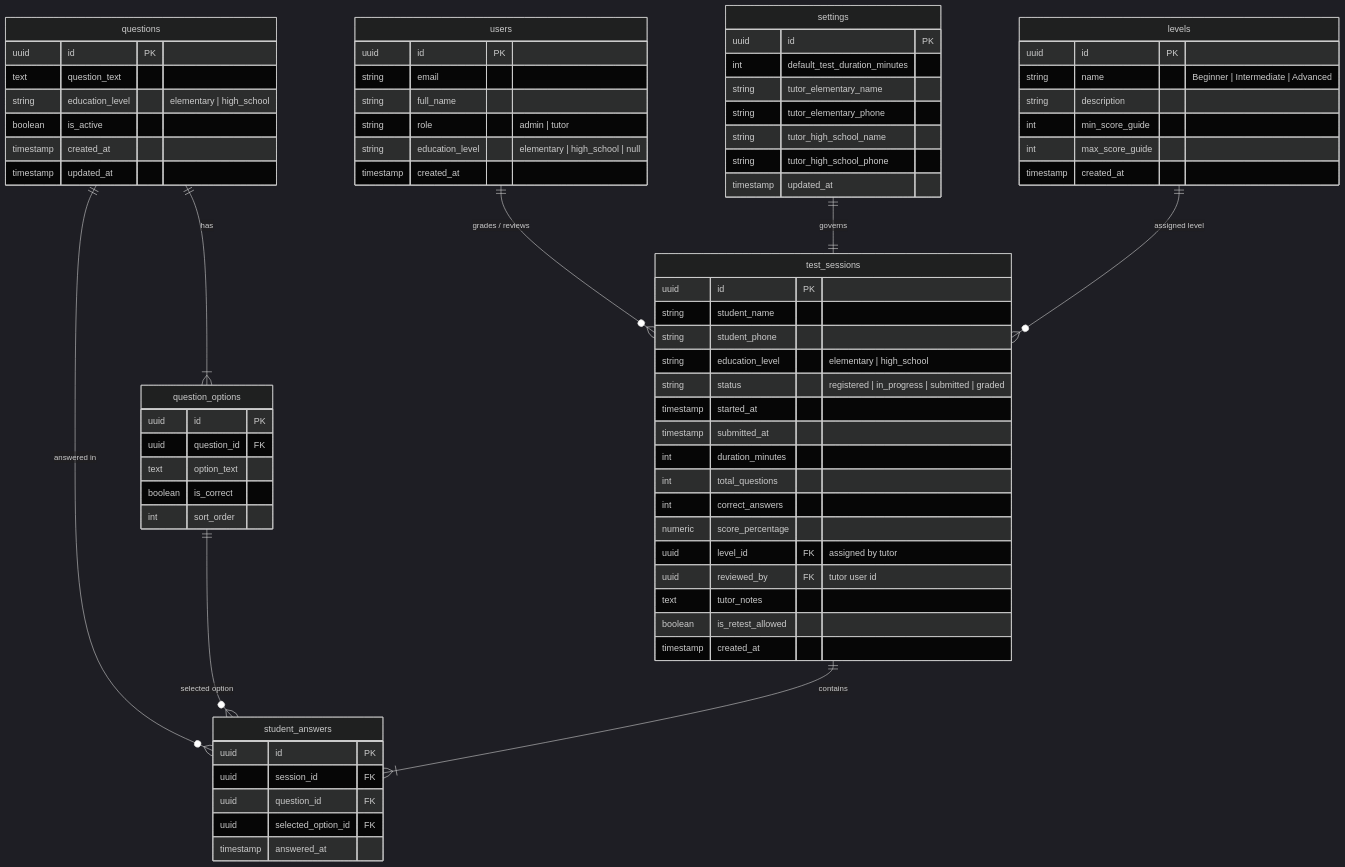
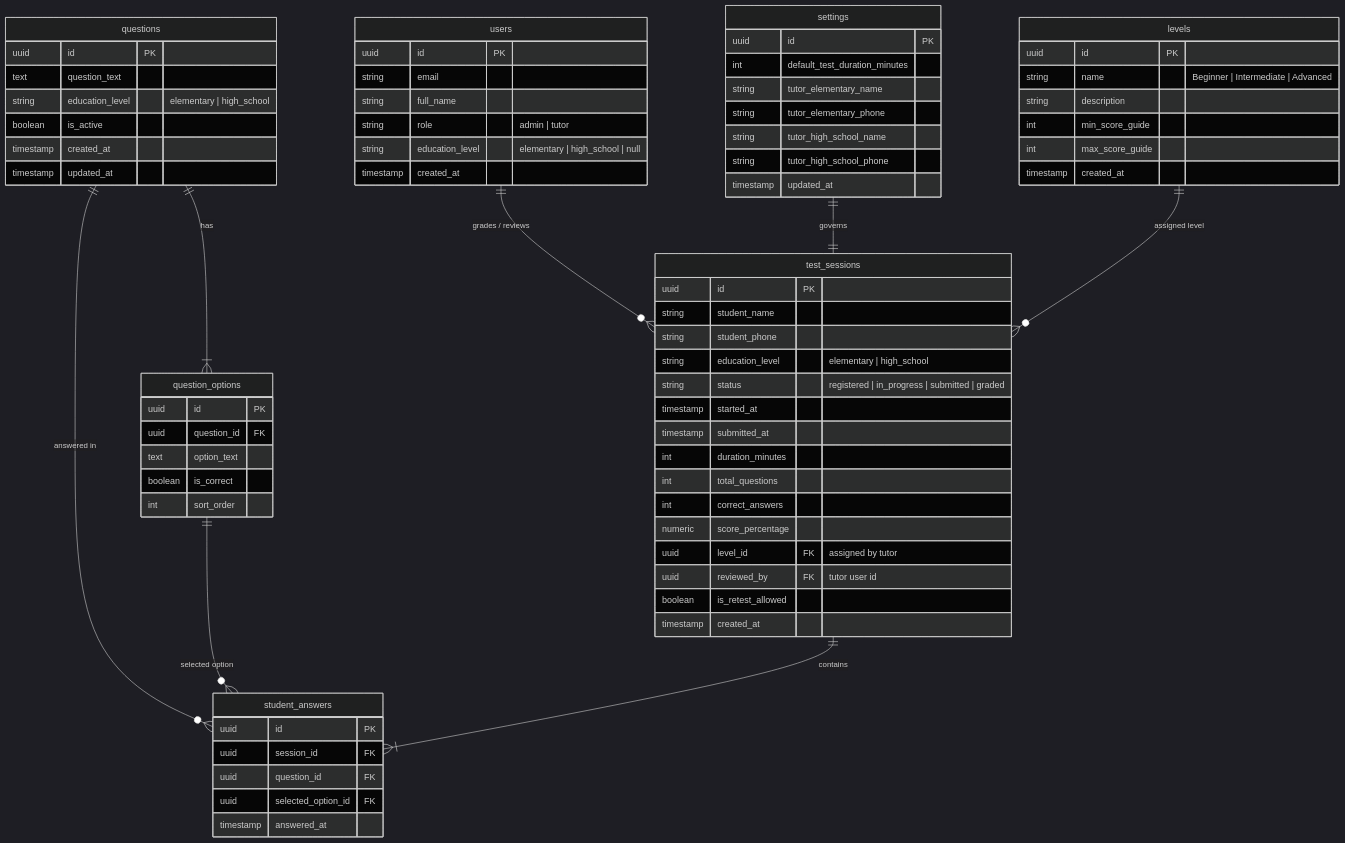
The second of 2 diagrams in PRD.md (septianof/up-speaking), drawn with Mermaid (dark theme) before and after one commit. The commit also changed other lines of this file and 5 other files, not shown here.

````diff
--- a/PRD.md
+++ b/PRD.md
@@ -212,82 +211,81 @@
 ```mermaid
 erDiagram
     users ||--o{ test_sessions : "grades / reviews"
     settings ||--|| test_sessions : "governs"
     questions ||--|{ question_options : "has"
     questions ||--o{ student_answers : "answered in"
     question_options ||--o{ student_answers : "selected option"
     test_sessions ||--|{ student_answers : "contains"
     levels ||--o{ test_sessions : "assigned level"
 
     users {
         uuid id PK
         string email
         string full_name
         string role "admin | tutor"
         string education_level "elementary | high_school | null"
         timestamp created_at
     }
 
     settings {
         uuid id PK
         int default_test_duration_minutes
         string tutor_elementary_name
         string tutor_elementary_phone
         string tutor_high_school_name
         string tutor_high_school_phone
         timestamp updated_at
     }
 
     levels {
         uuid id PK
         string name "Beginner | Intermediate | Advanced"
         string description
         int min_score_guide
         int max_score_guide
         timestamp created_at
     }
 
     questions {
         uuid id PK
         text question_text
         string education_level "elementary | high_school"
         boolean is_active
         timestamp created_at
         timestamp updated_at
     }
 
     question_options {
         uuid id PK
         uuid question_id FK
         text option_text
         boolean is_correct
         int sort_order
     }
 
     test_sessions {
         uuid id PK
         string student_name
         string student_phone
         string education_level "elementary | high_school"
         string status "registered | in_progress | submitted | graded"
         timestamp started_at
         timestamp submitted_at
         int duration_minutes
         int total_questions
         int correct_answers
         numeric score_percentage
         uuid level_id FK "assigned by tutor"
         uuid reviewed_by FK "tutor user id"
-        text tutor_notes
         boolean is_retest_allowed
         timestamp created_at
     }
 
     student_answers {
         uuid id PK
         uuid session_id FK
         uuid question_id FK
         uuid selected_option_id FK
         timestamp answered_at
     }
 ```
````
